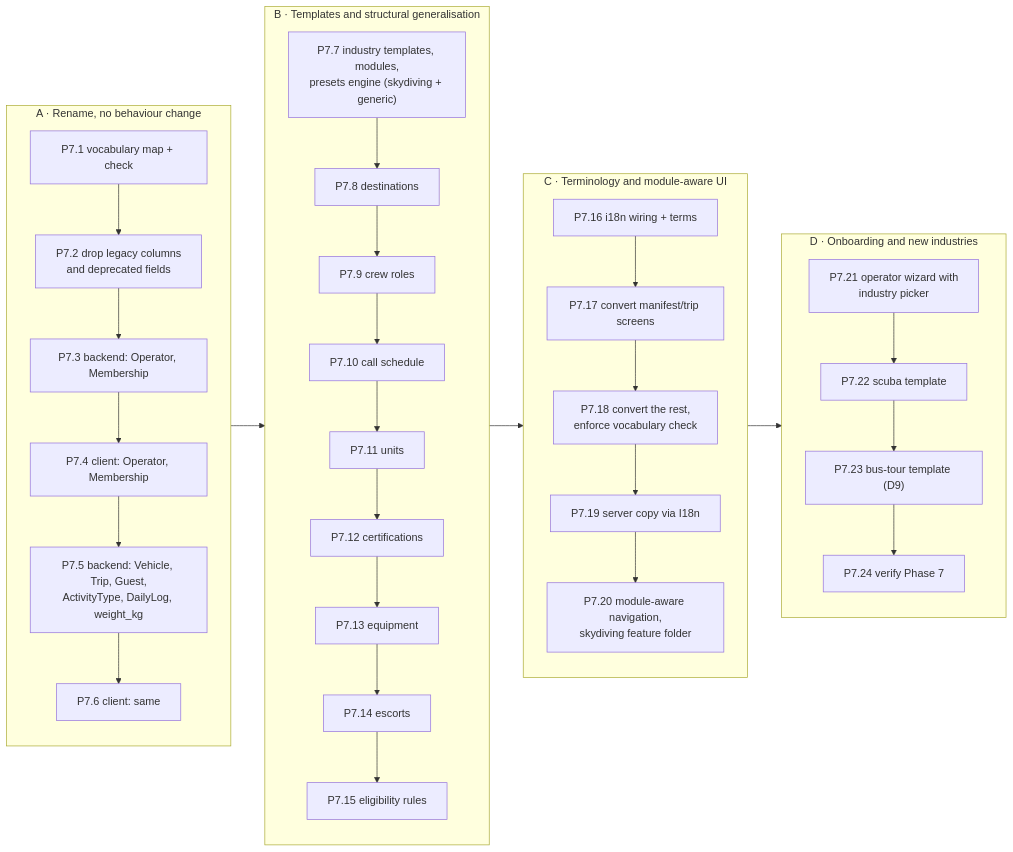
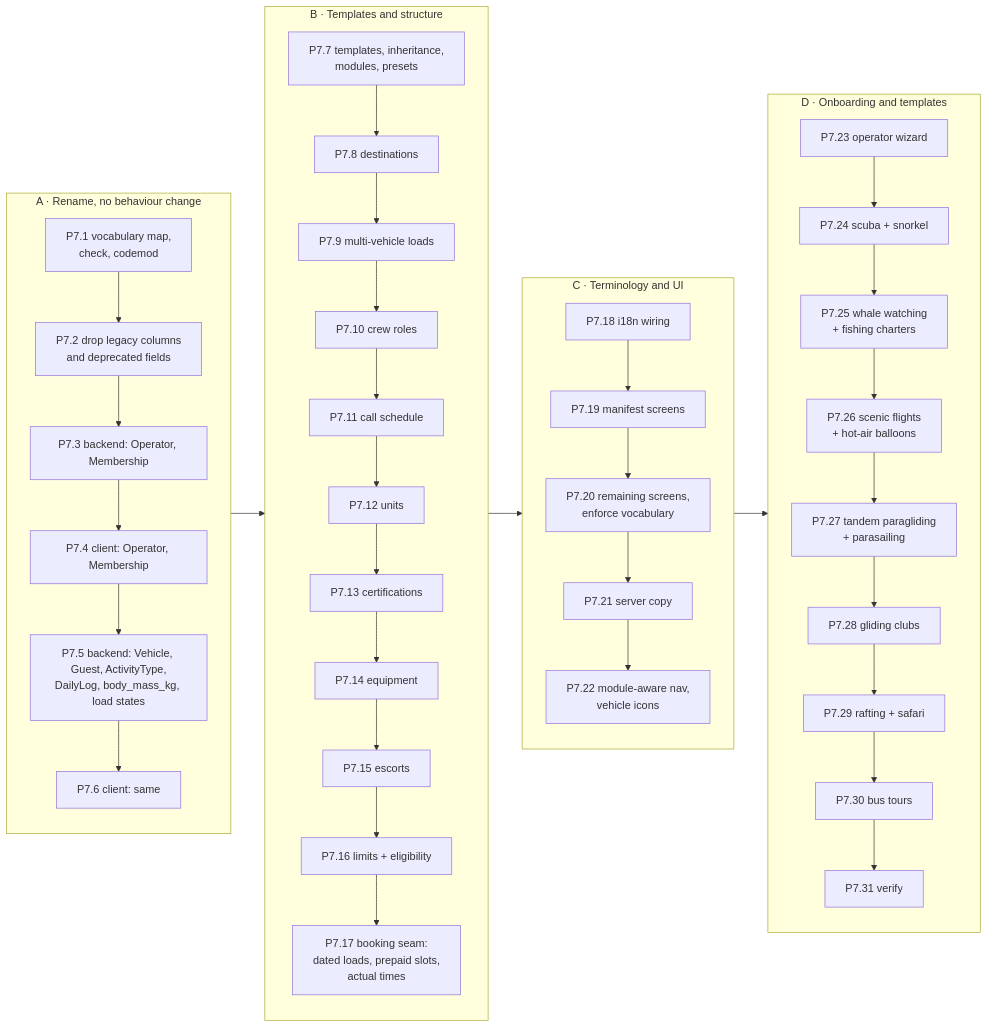
One commit to OpenManifest/openmanifest-server changed the ninth of 10 diagrams in docs/reference/GENERALISATION.md. Above: the diagram before and after it, drawn with Mermaid. The commit also changed other lines of this file and 1 other file, not shown here.

````diff
--- a/docs/reference/GENERALISATION.md
+++ b/docs/reference/GENERALISATION.md
@@ -508,25 +612,28 @@
 ```mermaid
 flowchart LR
   subgraph A["A · Rename, no behaviour change"]
     direction TB
-    P71["P7.1 vocabulary map + check"] --> P72["P7.2 drop legacy columns<br/>and deprecated fields"]
+    P71["P7.1 vocabulary map,<br/>check, codemod"] --> P72["P7.2 drop legacy columns<br/>and deprecated fields"]
     P72 --> P73["P7.3 backend: Operator, Membership"] --> P74["P7.4 client: Operator, Membership"]
-    P74 --> P75["P7.5 backend: Vehicle, Trip, Guest,<br/>ActivityType, DailyLog, weight_kg"] --> P76["P7.6 client: same"]
+    P74 --> P75["P7.5 backend: Vehicle, Guest, ActivityType,<br/>DailyLog, body_mass_kg, load states"] --> P76["P7.6 client: same"]
   end
-  subgraph B["B · Templates and structural generalisation"]
+  subgraph B["B · Templates and structure"]
     direction TB
-    P77["P7.7 industry templates, modules,<br/>presets engine (skydiving + generic)"] --> P78["P7.8 destinations"]
-    P78 --> P79["P7.9 crew roles"] --> P710["P7.10 call schedule"] --> P711["P7.11 units"]
-    P711 --> P712["P7.12 certifications"] --> P713["P7.13 equipment"] --> P714["P7.14 escorts"] --> P715["P7.15 eligibility rules"]
+    P77["P7.7 templates, inheritance,<br/>modules, presets"] --> P78["P7.8 destinations"] --> P79["P7.9 multi-vehicle loads"]
+    P79 --> P710["P7.10 crew roles"] --> P711["P7.11 call schedule"] --> P712["P7.12 units"]
+    P712 --> P713["P7.13 certifications"] --> P714["P7.14 equipment"] --> P715["P7.15 escorts"]
+    P715 --> P716["P7.16 limits + eligibility"] --> P717["P7.17 booking seam:<br/>dated loads, prepaid slots,<br/>actual times"]
   end
-  subgraph C["C · Terminology and module-aware UI"]
+  subgraph C["C · Terminology and UI"]
     direction TB
-    P716["P7.16 i18n wiring + terms"] --> P717["P7.17 convert manifest/trip screens"] --> P718["P7.18 convert the rest,<br/>enforce vocabulary check"]
-    P718 --> P719["P7.19 server copy via I18n"] --> P720["P7.20 module-aware navigation,<br/>skydiving feature folder"]
+    P718["P7.18 i18n wiring"] --> P719["P7.19 manifest screens"] --> P720["P7.20 remaining screens,<br/>enforce vocabulary"]
+    P720 --> P721["P7.21 server copy"] --> P722["P7.22 module-aware nav,<br/>vehicle icons"]
   end
-  subgraph D["D · Onboarding and new industries"]
+  subgraph D["D · Onboarding and templates"]
     direction TB
-    P721["P7.21 operator wizard with<br/>industry picker"] --> P722["P7.22 scuba template"] --> P723["P7.23 bus-tour template (D9)"] --> P724["P7.24 verify Phase 7"]
+    P723["P7.23 operator wizard"] --> P724["P7.24 scuba + snorkel"] --> P725["P7.25 whale watching<br/>+ fishing charters"]
+    P725 --> P726["P7.26 scenic flights<br/>+ hot-air balloons"] --> P727["P7.27 tandem paragliding<br/>+ parasailing"] --> P728["P7.28 gliding clubs"]
+    P728 --> P729["P7.29 rafting + safari"] --> P730["P7.30 bus tours"] --> P731["P7.31 verify"]
   end
   A --> B --> C --> D
 ```
````
